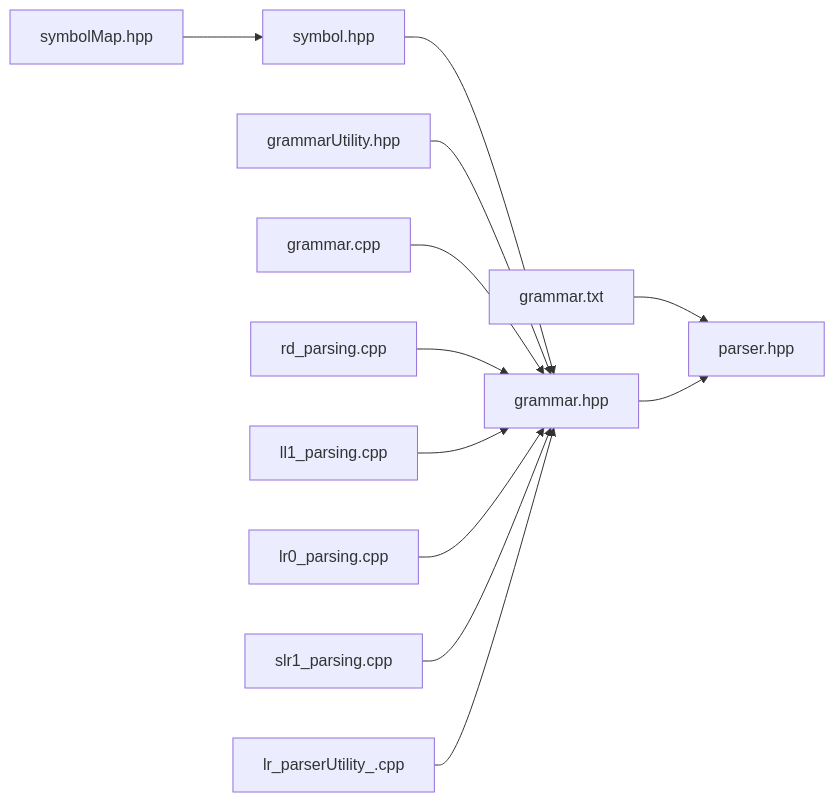
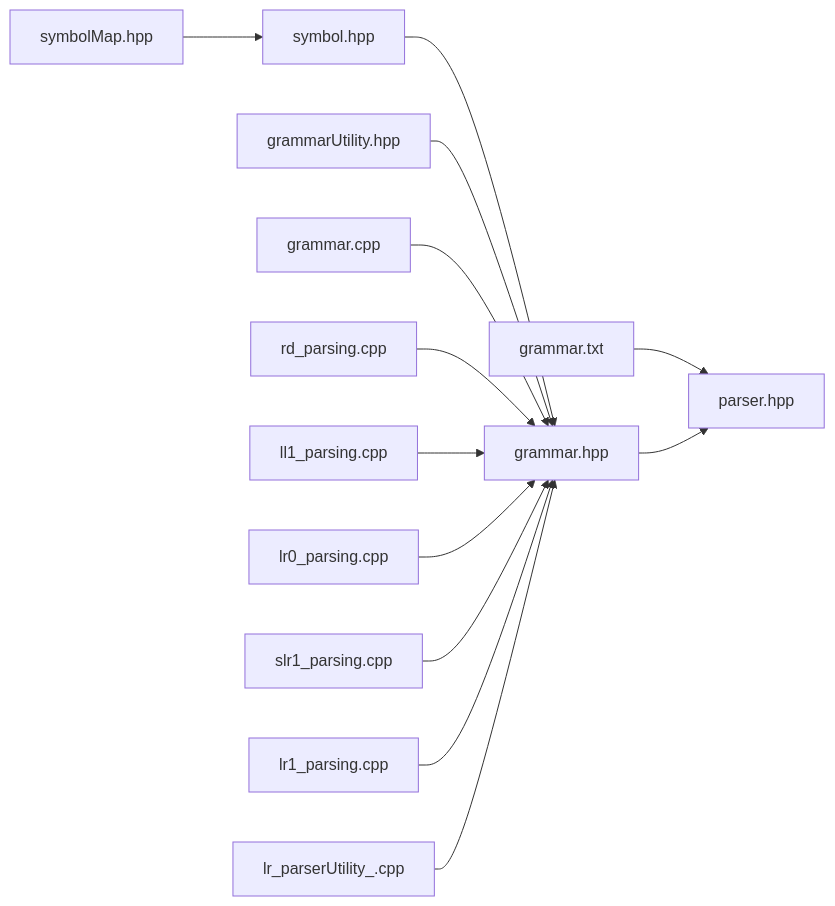
Before and after one commit to sauravatgithub-web/Compiler: the third of 3 diagrams in README.md, drawn with Mermaid. The commit also changed other lines of this file and 6 other files, not shown here.

````diff
--- a/README.md
+++ b/README.md
@@ -136,14 +139,15 @@
 ```mermaid
 flowchart LR
     GT[grammar.txt] --> P[parser.hpp]
     SM[symbolMap.hpp] --> S[symbol.hpp]
     S --> GH[grammar.hpp]
     GH --> P
     GU[grammarUtility.hpp] --> GH
     GC[grammar.cpp] --> GH
     RDP[rd_parsing.cpp] --> GH
     LL1P[ll1_parsing.cpp] --> GH
     LR0P[lr0_parsing.cpp] --> GH
     SLR1P[slr1_parsing.cpp] --> GH
+    LR1P[lr1_parsing.cpp] --> GH
     LRPU[lr_parserUtility_.cpp] --> GH
 ```
````
